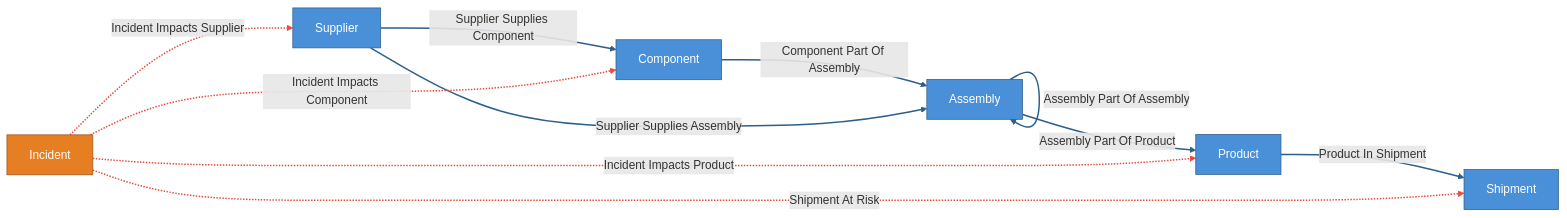
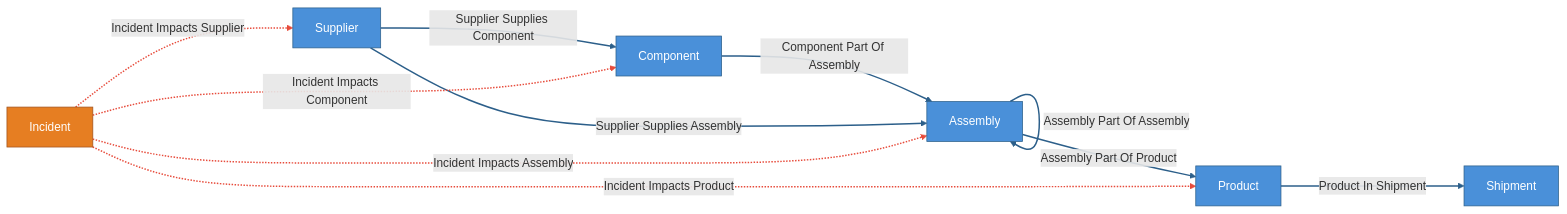
The first of 3 diagrams in kits/supply-chain-blast-radius/README.md (cruxible-ai/cruxible), drawn with Mermaid before and after one commit. The commit also changed other lines of this file and 2 other files, not shown here.

````diff
--- a/kits/supply-chain-blast-radius/README.md
+++ b/kits/supply-chain-blast-radius/README.md
@@ -26,30 +29,30 @@
 ```mermaid
 flowchart LR
   classDef canonicalEntity fill:#4a90d9,stroke:#2c5f8a,color:#fff
   classDef governedEntity fill:#e67e22,stroke:#a0521c,color:#fff
 
   entity_Assembly["Assembly"]
   entity_Component["Component"]
   entity_Incident["Incident"]
   entity_Product["Product"]
   entity_Shipment["Shipment"]
   entity_Supplier["Supplier"]
   class entity_Assembly,entity_Component,entity_Product,entity_Shipment,entity_Supplier canonicalEntity
   class entity_Incident governedEntity
 
   %% Deterministic canonical relationships
   entity_Assembly -- "Assembly Part Of Assembly" --> entity_Assembly
   entity_Assembly -- "Assembly Part Of Product" --> entity_Product
   entity_Component -- "Component Part Of Assembly" --> entity_Assembly
   entity_Product -- "Product In Shipment" --> entity_Shipment
   entity_Supplier -- "Supplier Supplies Assembly" --> entity_Assembly
   entity_Supplier -- "Supplier Supplies Component" --> entity_Component
 
   %% Governed proposal/review relationships
+  entity_Incident -. "Incident Impacts Assembly" .-> entity_Assembly
   entity_Incident -. "Incident Impacts Component" .-> entity_Component
   entity_Incident -. "Incident Impacts Product" .-> entity_Product
   entity_Incident -. "Incident Impacts Supplier" .-> entity_Supplier
-  entity_Incident -. "Shipment At Risk" .-> entity_Shipment
   linkStyle 0,1,2,3,4,5 stroke:#2c5f8a,stroke-width:2px
   linkStyle 6,7,8,9 stroke:#e74c3c,stroke-width:2px
 ```
````
